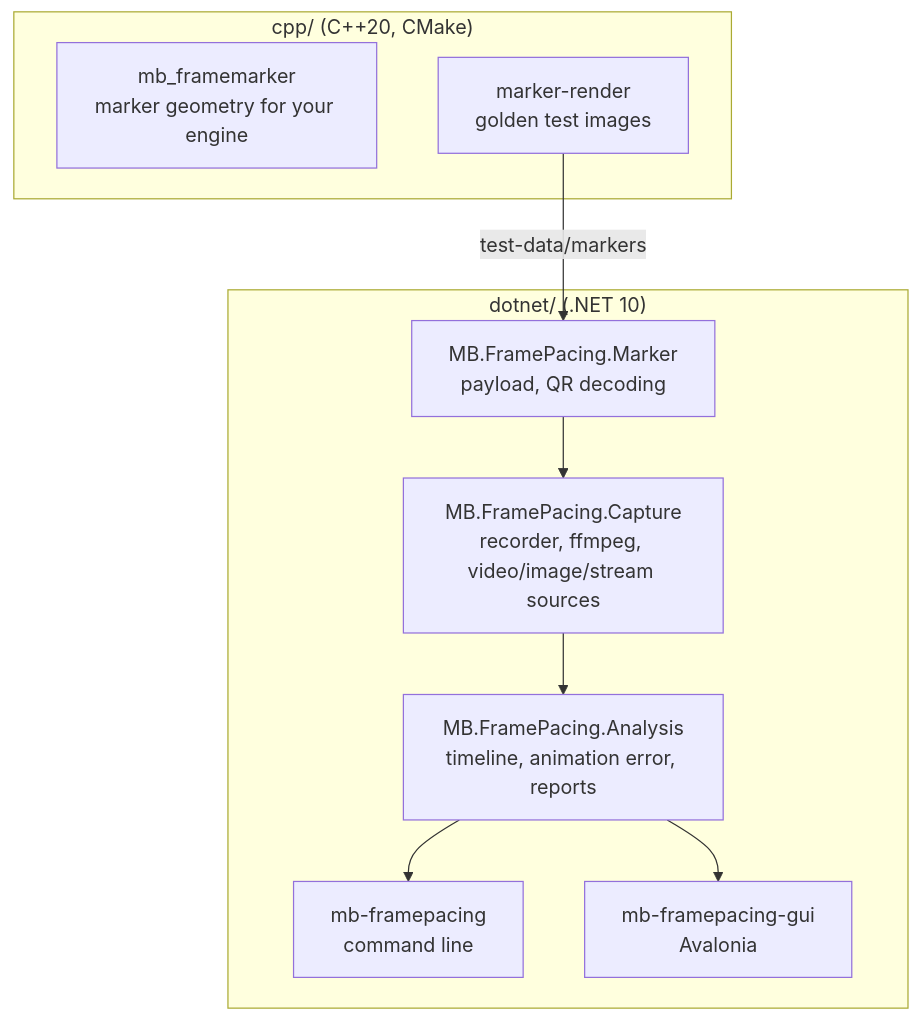
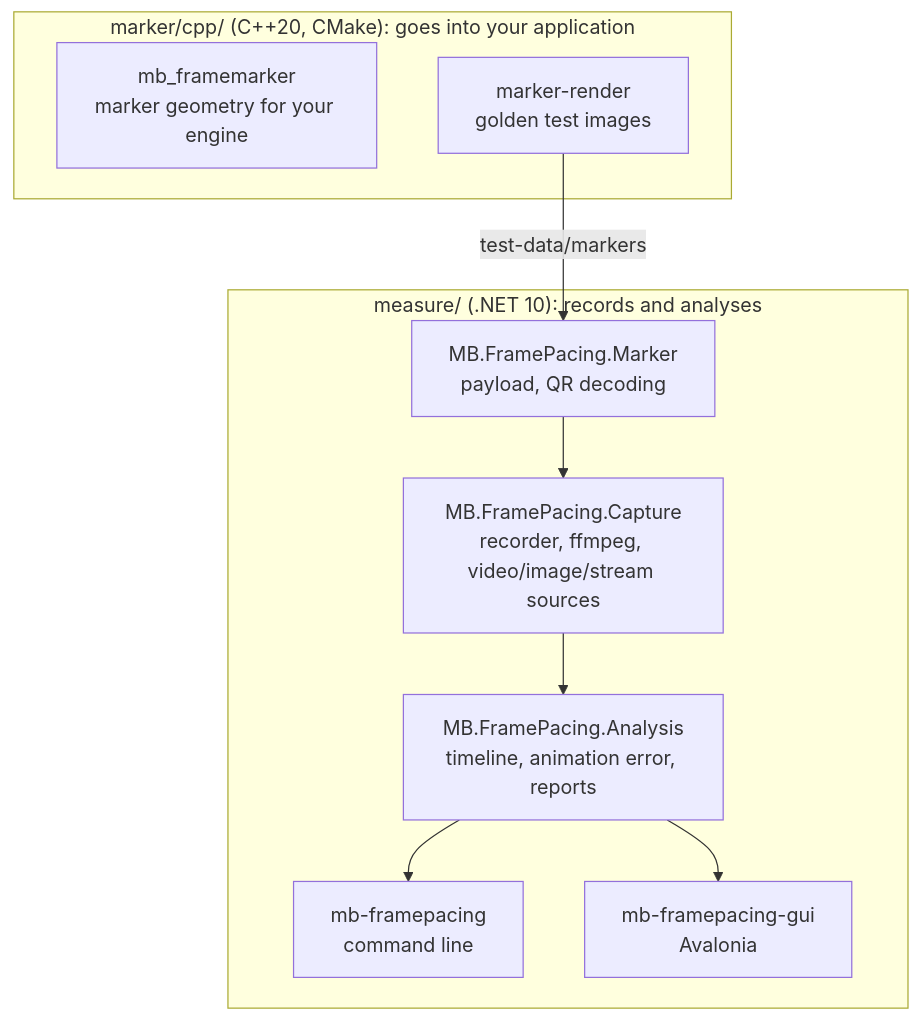
Before and after one commit to Unarmed1000/mb-framepacing: the fourth of 4 diagrams in README.md, drawn with Mermaid. The commit also changed other lines of this file and 162 other files, not shown here.

First line of the commit message:
Restructure by role: marker/ (goes into the application) and measure/ (the tools)

````diff
--- a/README.md
+++ b/README.md
@@ -287,17 +287,17 @@
 ```mermaid
 flowchart TB
-    subgraph cpp["cpp/ (C++20, CMake)"]
+    subgraph cpp["marker/cpp/ (C++20, CMake): goes into your application"]
         L["mb_framemarker<br/>marker geometry for your engine"]
         R["marker-render<br/>golden test images"]
     end
-    subgraph dotnet["dotnet/ (.NET 10)"]
+    subgraph dotnet["measure/ (.NET 10): records and analyses"]
         M["MB.FramePacing.Marker<br/>payload, QR decoding"]
         CAP["MB.FramePacing.Capture<br/>recorder, ffmpeg, video/image/stream sources"]
         AN["MB.FramePacing.Analysis<br/>timeline, animation error, reports"]
         CLI["mb-framepacing<br/>command line"]
         GUI["mb-framepacing-gui<br/>Avalonia"]
     end
     R -- "test-data/markers" --> M
     M --> CAP --> AN --> CLI
     AN --> GUI
 ```
````
